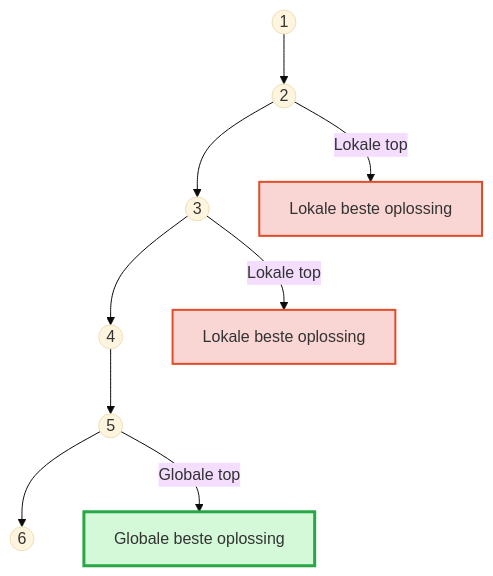
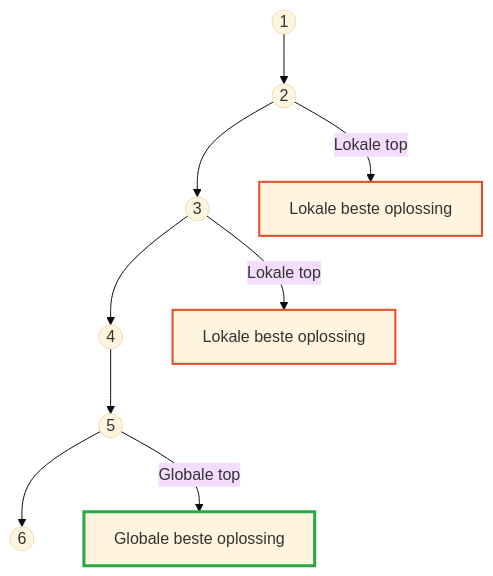
One commit to kyell182/samenvattingen changed the third of 12 diagrams in 2 de jaar/AI Programming/sammenvating.md. Above: the diagram before and after it, drawn with Mermaid (base theme). The commit also changed other lines of this file and 6 other files, not shown here.

````diff
--- a/2 de jaar/AI Programming/sammenvating.md
+++ b/2 de jaar/AI Programming/sammenvating.md
@@ -132,22 +132,22 @@
 ```mermaid
 graph TD
     %% Berg-achtergrond als opeenvolgende toppen
     Start((1)) --> Top1((2)) 
     Top1 --> Top2((3))
     Top2 --> Top3((4))
     Top3 --> Top4((5))
     Top4 --> Einde((6))
 
     %% Labels voor toppen
     Top1 -->|Lokale top| L1[Lokale beste oplossing]
     Top2 -->|Lokale top| L2[Lokale beste oplossing]
     Top4 -->|Globale top| G1[Globale beste oplossing]
 
     %% Styling
     class L1,L2 lokal
     class G1 global
 
-    classDef lokal fill:#f9d5d3,stroke:#e34c26,stroke-width:2px;
-    classDef global fill:#d3f9d8,stroke:#28a745,stroke-width:3px;
+    classDef lokal stroke:#e34c26,stroke-width:2px;
+    classDef global stroke:#28a745,stroke-width:3px;
 
 ```
````
